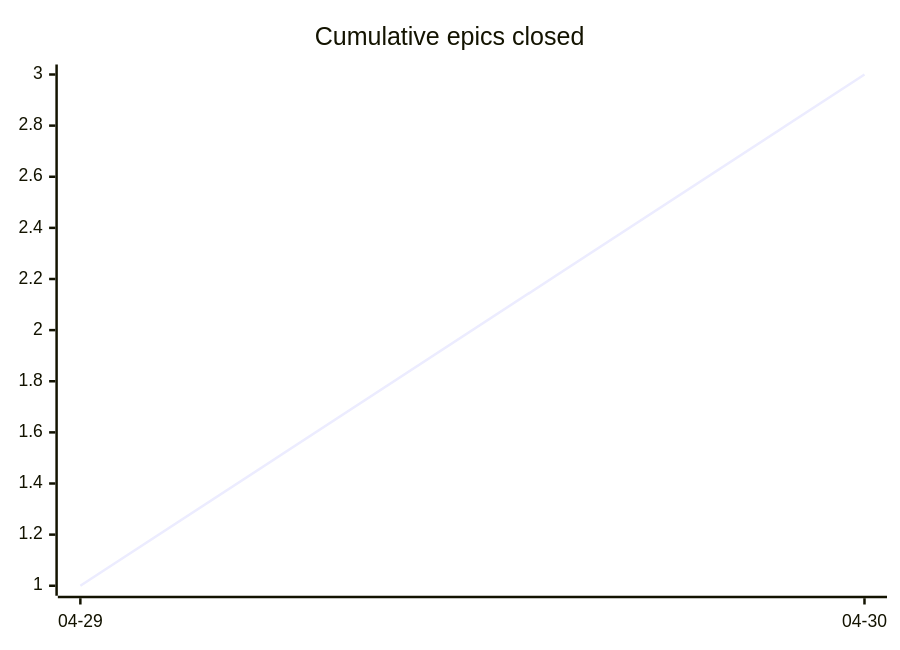
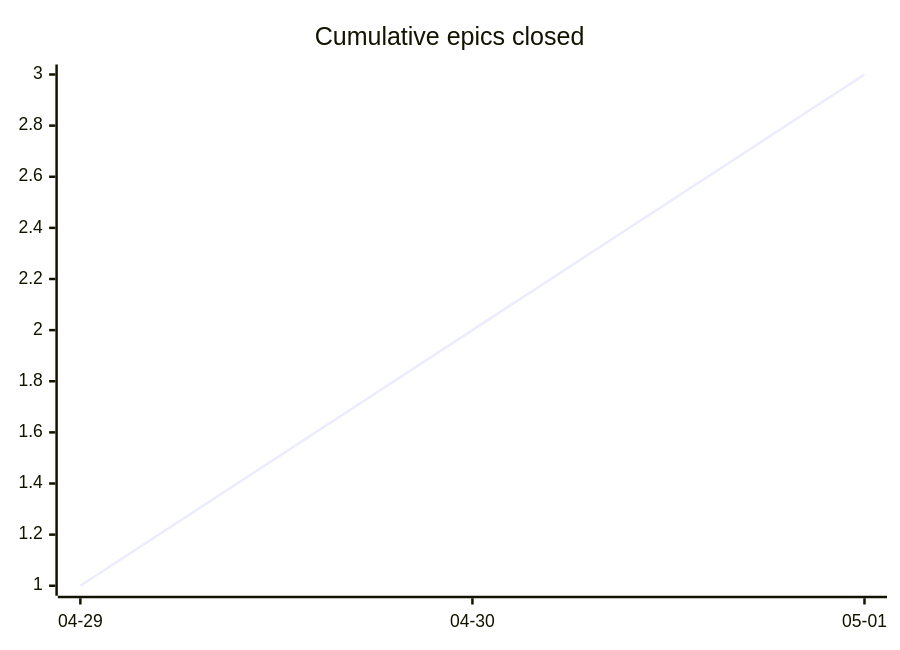
Before and after one commit to tgd1975/AwesomeStudioPedal: the second of 3 diagrams in docs/developers/tasks/OVERVIEW.md, drawn with Mermaid. The commit also changed other lines of this file and 9 other files, not shown here.

````diff
--- a/docs/developers/tasks/OVERVIEW.md
+++ b/docs/developers/tasks/OVERVIEW.md
@@ -29,6 +29,6 @@
 ```mermaid
 xychart-beta
     title "Cumulative epics closed"
-    x-axis ["04-29", "04-30"]
-    line [1, 3]
+    x-axis ["04-29", "04-30", "05-01"]
+    line [1, 2, 3]
 ```
````
